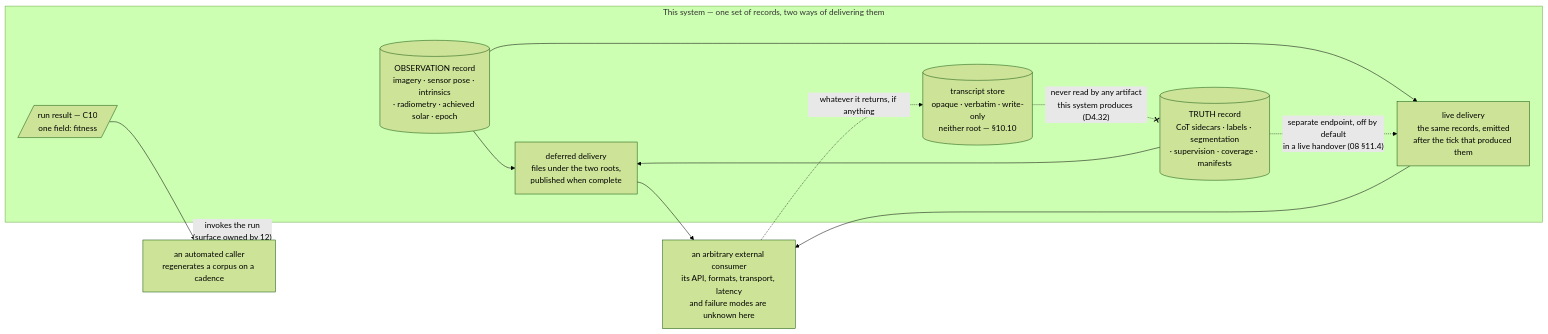
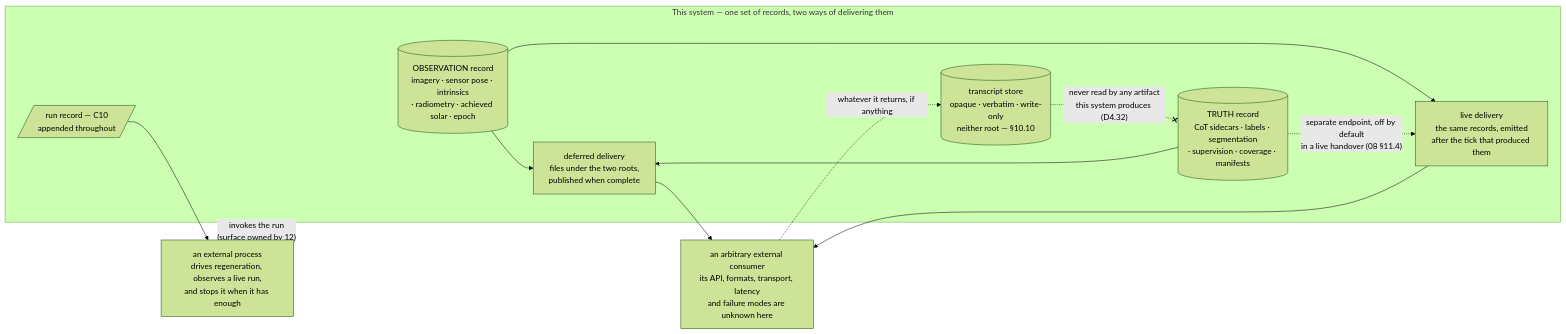
The fourth of 7 diagrams in Docs/CAT_Research/Plans/SUMO_Behavioral_Capture/04_Contracts.md (sbrett9/carla), drawn with Mermaid (forest theme) before and after one commit. The commit also changed other lines of this file and 14 other files, not shown here.

First line of the commit message:
Hand run control to the caller, stop rendering traffic lights

````diff
--- a/Docs/CAT_Research/Plans/SUMO_Behavioral_Capture/04_Contracts.md
+++ b/Docs/CAT_Research/Plans/SUMO_Behavioral_Capture/04_Contracts.md
@@ -2385,24 +2358,24 @@
 ```mermaid
 flowchart LR
   subgraph ours["This system — one set of records, two ways of delivering them"]
     OBSR[("OBSERVATION record<br/>imagery · sensor pose · intrinsics<br/>· radiometry · achieved solar · epoch")]
     TRUR[("TRUTH record<br/>CoT sidecars · labels · segmentation<br/>· supervision · coverage · manifests")]
     DEF["deferred delivery<br/>files under the two roots,<br/>published when complete"]
     LIVE["live delivery<br/>the same records, emitted<br/>after the tick that produced them"]
     TRX[("transcript store<br/>opaque · verbatim · write-only<br/>neither root — §10.10")]
-    RES[/"run result — C10<br/>one field: fitness"/]
+    RES[/"run record — C10<br/>appended throughout"/]
   end
   CONS["an arbitrary external consumer<br/>its API, formats, transport, latency<br/>and failure modes are unknown here"]
-  AUTO["an automated caller<br/>regenerates a corpus on a cadence"]
+  AUTO["an external process<br/>drives regeneration, observes a live run,<br/>and stops it when it has enough"]
 
   OBSR --> DEF
   TRUR --> DEF
   OBSR --> LIVE
   TRUR -. "separate endpoint, off by default<br/>in a live handover (08 §11.4)" .-> LIVE
   DEF --> CONS
   LIVE --> CONS
   CONS -. "whatever it returns, if anything" .-> TRX
   TRX -. "never read by any artifact<br/>this system produces (D4.32)" .-x TRUR
   RES --> AUTO
   AUTO -. "invokes the run<br/>(surface owned by 12)" .-> ours
 ```
````
